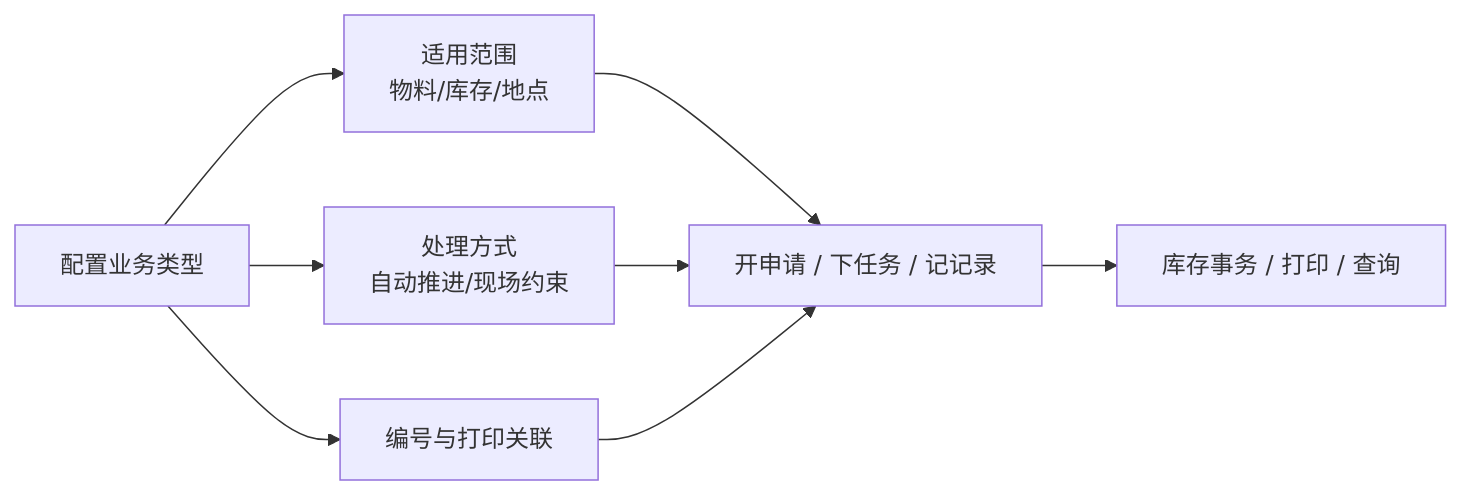
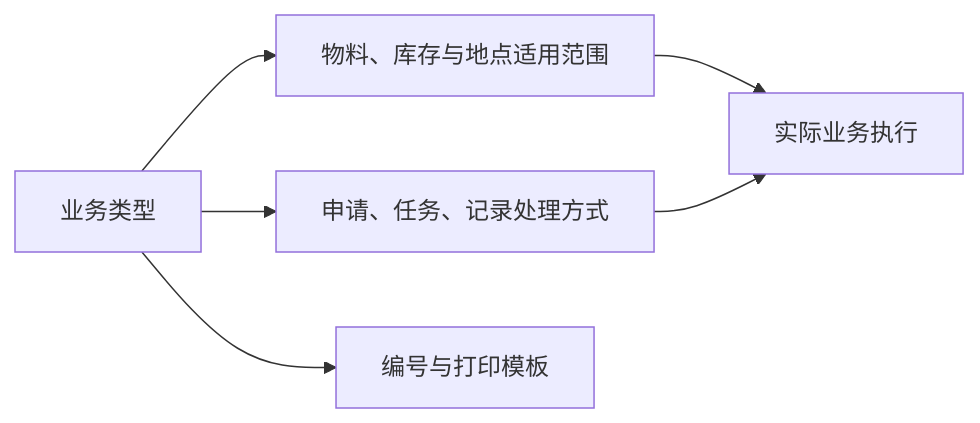
One commit to jiargcn/MomProductDocument changed the diagram in docs/04-DBC-主数据管理/05-策略设置/03-业务类型.md. Above: the diagram before and after it, drawn with Mermaid. The commit also changed other lines of this file and 120 other files, not shown here.

````diff
--- a/docs/04-DBC-主数据管理/05-策略设置/03-业务类型.md
+++ b/docs/04-DBC-主数据管理/05-策略设置/03-业务类型.md
@@ -41,10 +12,8 @@
 ```mermaid
 flowchart LR
-    A["配置业务类型"] --> B["适用范围<br/>物料/库存/地点"]
-    A --> C["处理方式<br/>自动推进/现场约束"]
-    A --> D["编号与打印关联"]
-    B --> E["开申请 / 下任务 / 记记录"]
+    A["业务类型"] --> B["物料、库存与地点适用范围"]
+    A --> C["申请、任务、记录处理方式"]
+    A --> D["编号与打印模板"]
+    B --> E["实际业务执行"]
     C --> E
-    D --> E
-    E --> F["库存事务 / 打印 / 查询"]
 ```
````
